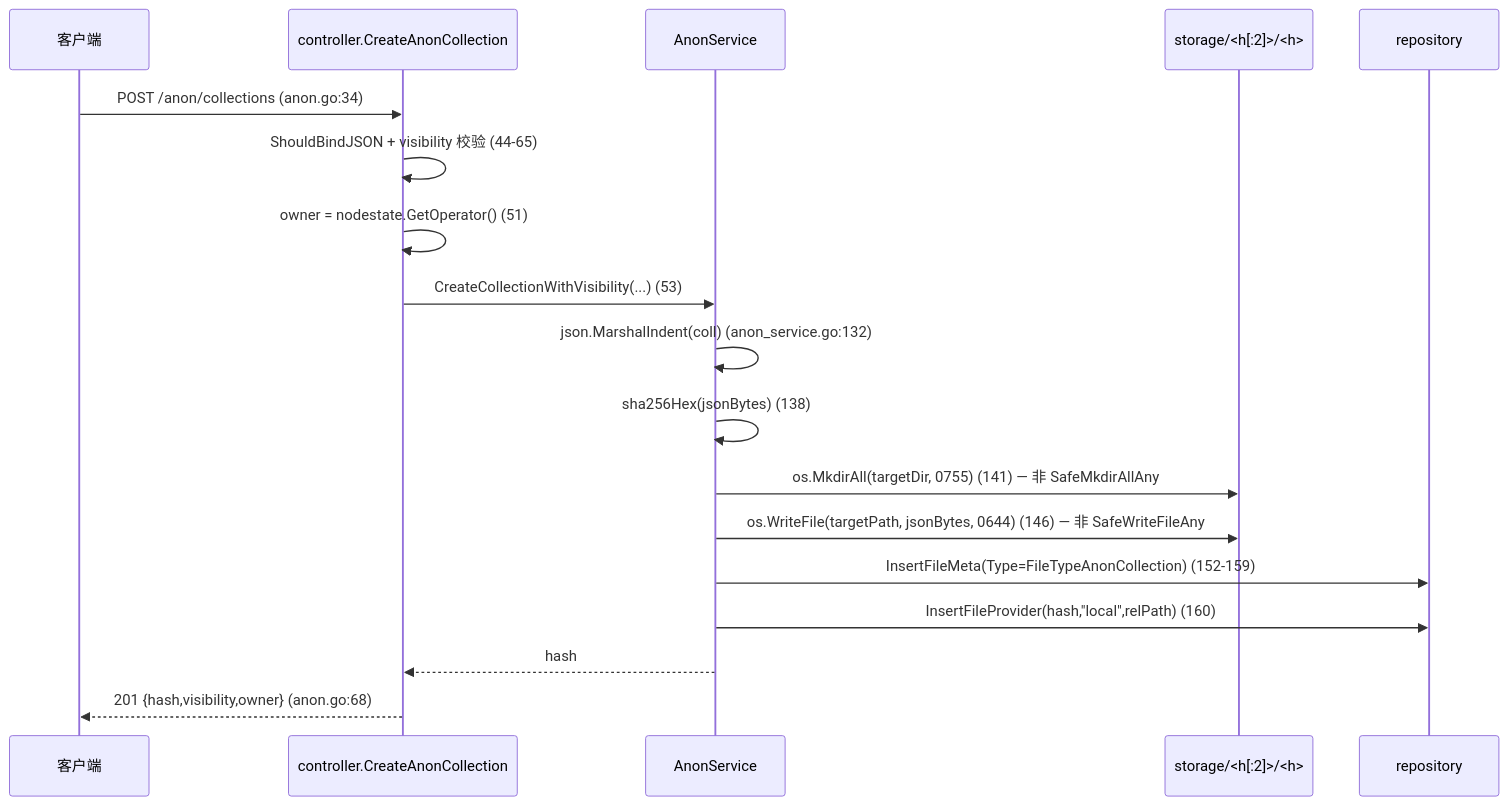
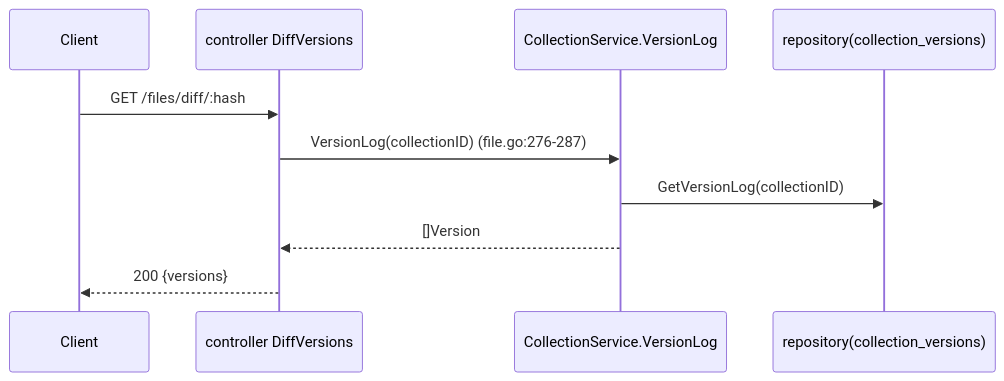
The tenth of 10 diagrams in doc/design/connections/10-controller-storage.md (Hana-ame/peerdrive), drawn with Mermaid before and after one commit. The commit also changed other lines of this file and 357 other files, not shown here.

````diff
--- a/doc/design/connections/10-controller-storage.md
+++ b/doc/design/connections/10-controller-storage.md
@@ -247,21 +237,13 @@
 ```mermaid
 sequenceDiagram
-  participant C as 客户端
-  participant K as controller.CreateAnonCollection
-  participant S as AnonService
-  participant FS as storage/<h[:2]>/<h>
-  participant DB as repository
+  participant C as Client
+  participant K as controller DiffVersions
+  participant S as CollectionService.VersionLog
+  participant DB as repository(collection_versions)
 
-  C->>K: POST /anon/collections (anon.go:34)
-  K->>K: ShouldBindJSON + visibility 校验 (44-65)
-  K->>K: owner = nodestate.GetOperator() (51)
-  K->>S: CreateCollectionWithVisibility(...) (53)
-  S->>S: json.MarshalIndent(coll) (anon_service.go:132)
-  S->>S: sha256Hex(jsonBytes) (138)
-  S->>FS: os.MkdirAll(targetDir, 0755) (141) — 非 SafeMkdirAllAny
-  S->>FS: os.WriteFile(targetPath, jsonBytes, 0644) (146) — 非 SafeWriteFileAny
-  S->>DB: InsertFileMeta(Type=FileTypeAnonCollection) (152-159)
-  S->>DB: InsertFileProvider(hash,"local",relPath) (160)
-  S-->>K: hash
-  K-->>C: 201 {hash,visibility,owner} (anon.go:68)
+  C->>K: GET /files/diff/:hash
+  K->>S: VersionLog(collectionID) (file.go:276-287)
+  S->>DB: GetVersionLog(collectionID)
+  S-->>K: []Version
+  K-->>C: 200 {versions}
 ```
````
